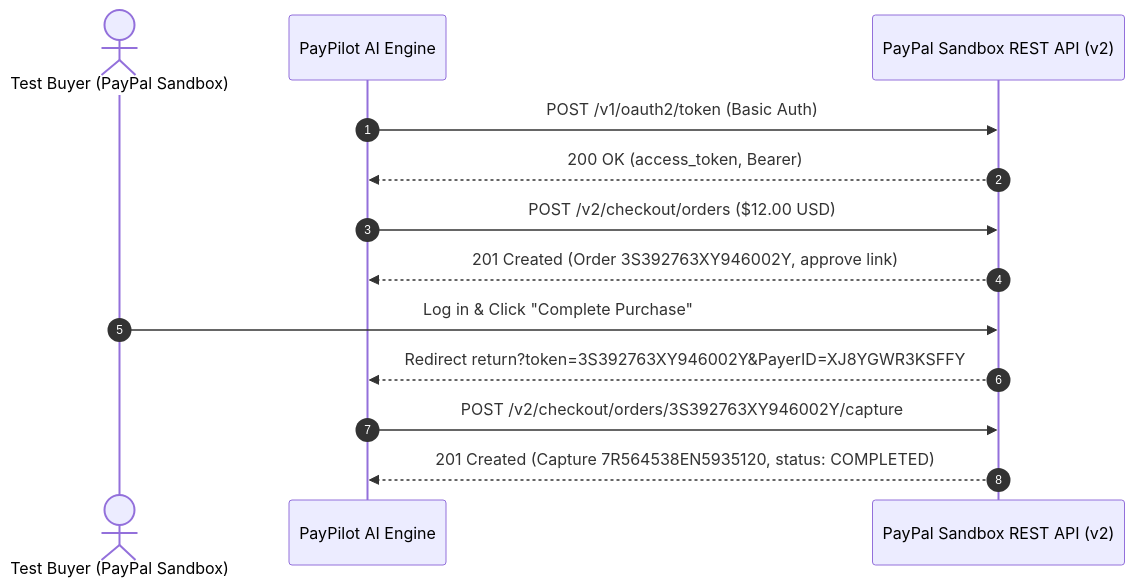
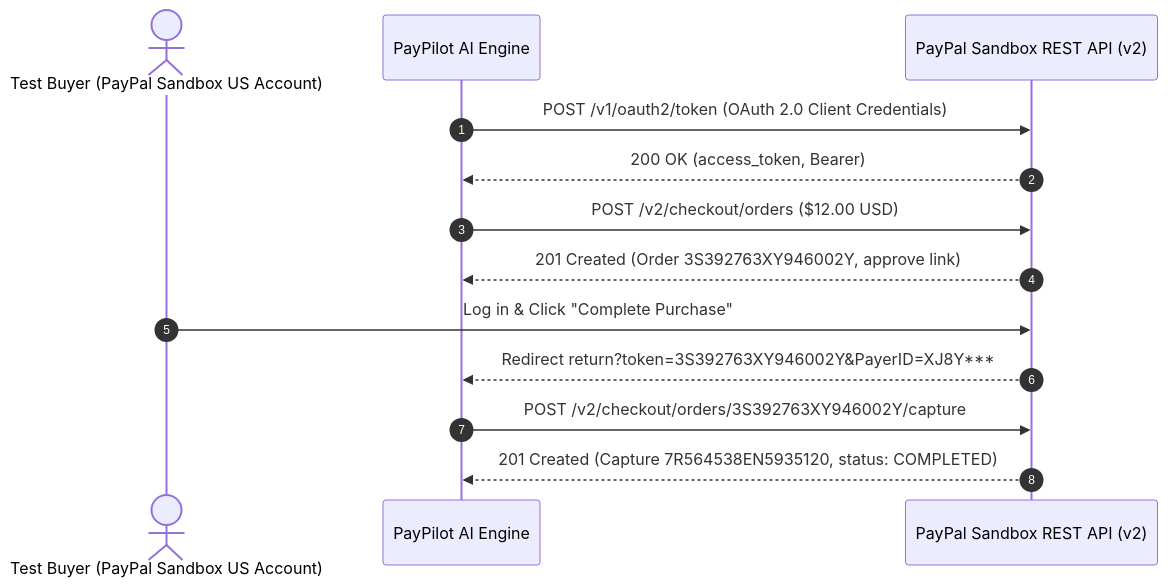
Before and after one commit to venkatkrish98/paypilot-ai: the diagram in PAYPAL_SANDBOX_VERIFICATION.md, drawn with Mermaid. The commit also changed other lines of this file, not shown here.

Commit message:
docs(sandbox): sanitize buyer mock data and document architectural scope distinction

````diff
--- a/PAYPAL_SANDBOX_VERIFICATION.md
+++ b/PAYPAL_SANDBOX_VERIFICATION.md
@@ -29,16 +35,16 @@
 ```mermaid
 sequenceDiagram
     autonumber
-    actor Buyer as Test Buyer (PayPal Sandbox)
+    actor Buyer as Test Buyer (PayPal Sandbox US Account)
     participant PayPilot as PayPilot AI Engine
     participant PayPal as PayPal Sandbox REST API (v2)
 
-    PayPilot->>PayPal: POST /v1/oauth2/token (Basic Auth)
+    PayPilot->>PayPal: POST /v1/oauth2/token (OAuth 2.0 Client Credentials)
     PayPal-->>PayPilot: 200 OK (access_token, Bearer)
     PayPilot->>PayPal: POST /v2/checkout/orders ($12.00 USD)
     PayPal-->>PayPilot: 201 Created (Order 3S392763XY946002Y, approve link)
     Buyer->>PayPal: Log in & Click "Complete Purchase"
-    PayPal-->>PayPilot: Redirect return?token=3S392763XY946002Y&PayerID=XJ8YGWR3KSFFY
+    PayPal-->>PayPilot: Redirect return?token=3S392763XY946002Y&PayerID=XJ8Y***
     PayPilot->>PayPal: POST /v2/checkout/orders/3S392763XY946002Y/capture
     PayPal-->>PayPilot: 201 Created (Capture 7R564538EN5935120, status: COMPLETED)
 ```
````
